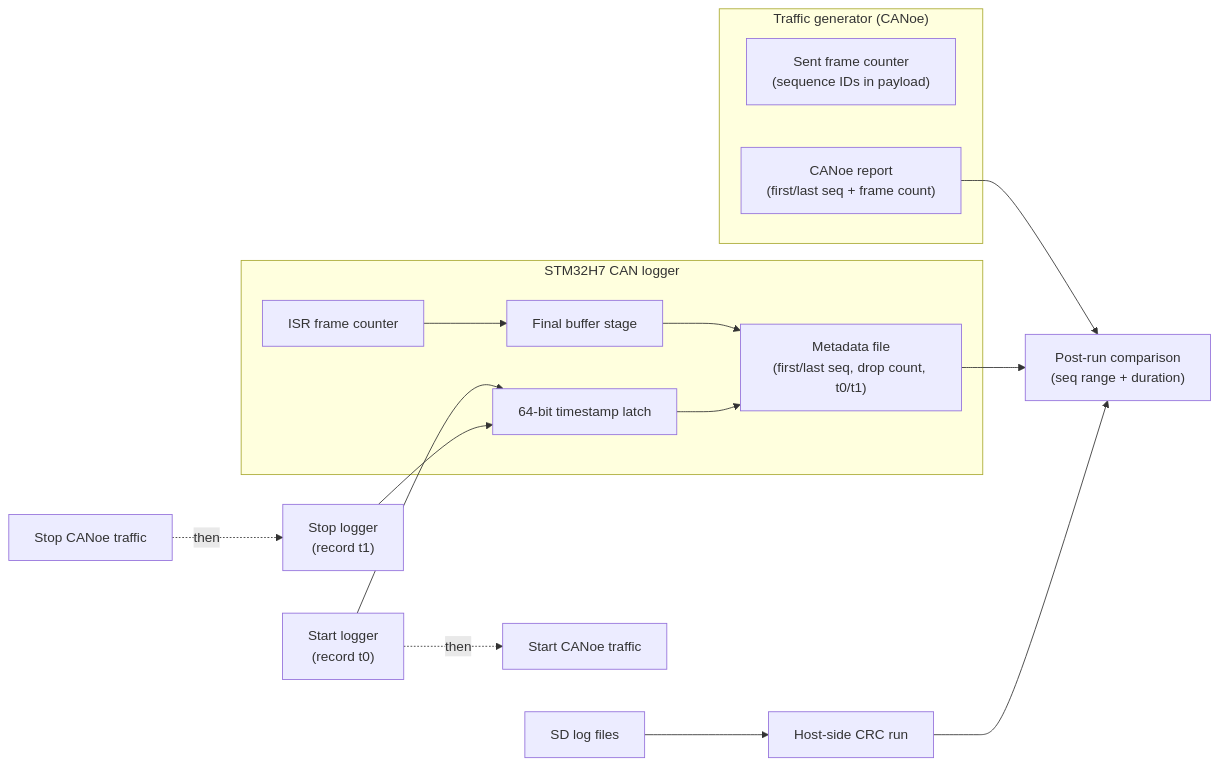
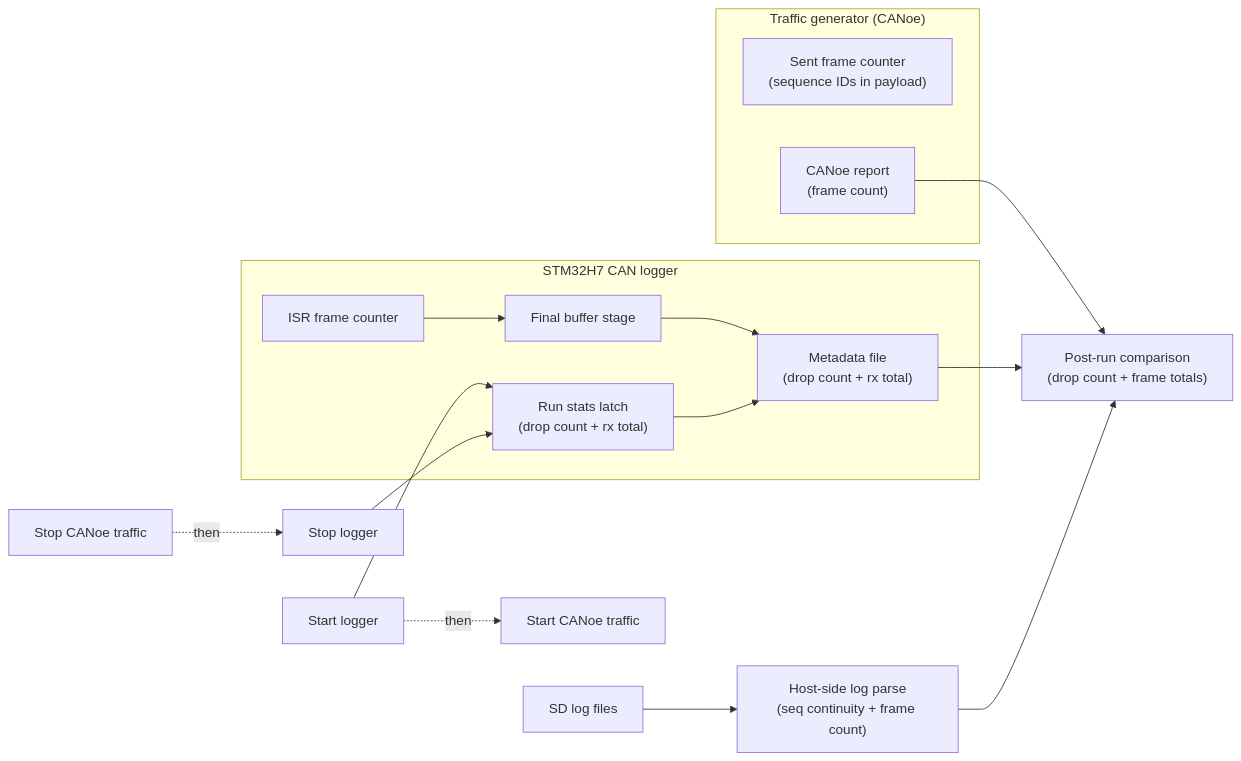
The diagram in doc/images/measurement_lossless_proof.md (Clomann/stm32h7-CAN-sniffer), drawn with Mermaid before and after one commit. The commit also changed 24 other files, not shown here.

````diff
--- a/doc/images/measurement_lossless_proof.md
+++ b/doc/images/measurement_lossless_proof.md
@@ -1,29 +1,29 @@
 ```mermaid
 flowchart LR
-    StartLogger["Start logger\n(record t0)"] -.->|then| StartCANoe["Start CANoe traffic"]
+    StartLogger["Start logger"] -.->|then| StartCANoe["Start CANoe traffic"]
 
     subgraph Device["STM32H7 CAN logger"]
-        TS64["64-bit timestamp latch"]
+        STATS["Run stats latch<br/>(drop count + rx total)"]
         ISR["ISR frame counter"]
         BUF["Final buffer stage"]
-        META["Metadata file<br/>(first/last seq, drop count, t0/t1)"]
+        META["Metadata file<br/>(drop count + rx total)"]
     end
 
     subgraph Generator["Traffic generator (CANoe)"]
         TX["Sent frame counter<br/>(sequence IDs in payload)"]
-        CANOELOG["CANoe report<br/>(first/last seq + frame count)"]
+        CANOELOG["CANoe report<br/>(frame count)"]
     end
 
-    StartLogger --> TS64
+    StartLogger --> STATS
     ISR --> BUF
     BUF --> META
-    TS64 --> META
+    STATS --> META
 
-    StopCANoe["Stop CANoe traffic"] -.->|then| StopLogger["Stop logger\n(record t1)"]
-    StopLogger --> TS64
+    StopCANoe["Stop CANoe traffic"] -.->|then| StopLogger["Stop logger"]
+    StopLogger --> STATS
 
-    CANOELOG --> Compare["Post-run comparison\n(seq range + duration)"]
+    CANOELOG --> Compare["Post-run comparison<br/>(drop count + frame totals)"]
     META --> Compare
-    SD["SD log files"] --> HostCRC["Host-side CRC run"]
-    HostCRC --> Compare
+    SD["SD log files"] --> HostParse["Host-side log parse<br/>(seq continuity + frame count)"]
+    HostParse --> Compare
 ```
````
